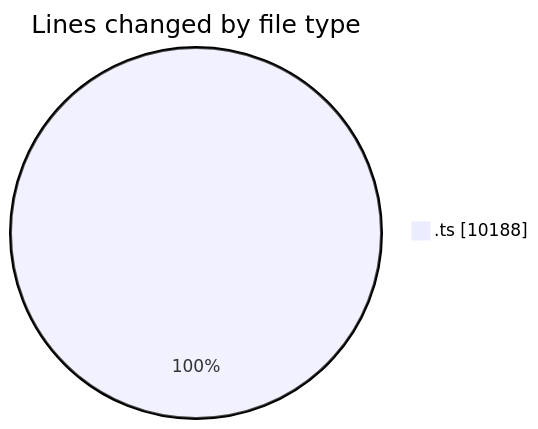
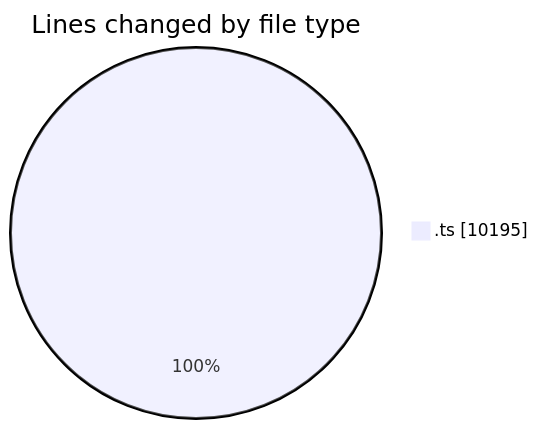
The first of 2 diagrams in 2025-09-09/cda/README.md (momahboobian/code-tracking), drawn with Mermaid before and after one commit. The commit also changed other lines of this file and 1 other file, not shown here.

````diff
--- a/2025-09-09/cda/README.md
+++ b/2025-09-09/cda/README.md
@@ -22,5 +22,5 @@
 ```mermaid
 pie showData
 title Lines changed by file type
-".ts" : 10188
+".ts" : 10195
 ```
````
